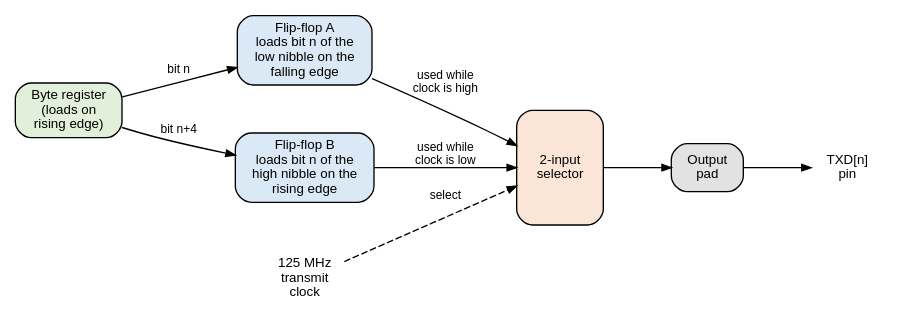
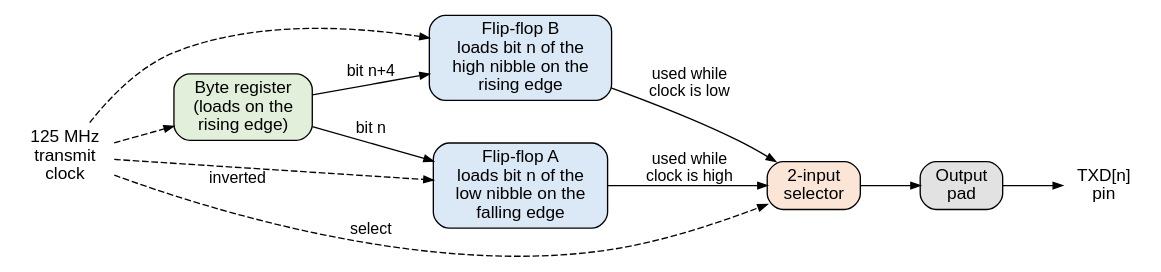
Before and after one commit to mithro/evampire: the diagram in docs/ethernet/rgmii/tx-ddr.dot, drawn with Graphviz. The commit also changed 2 other files, not shown here.

Commit message:
Show clock inputs and use larger text in RGMII diagrams
Add the clock edges to the output-stage diagram, label the link-status
crossing in the clock-domain diagram as a single synchronised bit, and
raise the font size in three diagrams.

```diff
--- a/docs/ethernet/rgmii/tx-ddr.dot
+++ b/docs/ethernet/rgmii/tx-ddr.dot
@@ -1,31 +1,34 @@
 // Transmit output stage for one RGMII data bit (and for TXC).
 //
 // SPDX-License-Identifier: Apache-2.0
 
 digraph tx_ddr {
-    graph [rankdir=LR, fontname="Helvetica", fontsize=11, nodesep=0.5,
-           ranksep=0.7];
+    graph [rankdir=LR, fontname="Helvetica", fontsize=14, nodesep=0.45,
+           ranksep=0.6, newrank=true];
     node  [shape=box, style="rounded,filled", fillcolor="#f2f2f2",
-           fontname="Helvetica", fontsize=10];
-    edge  [fontname="Helvetica", fontsize=9, arrowsize=0.7];
+           fontname="Helvetica", fontsize=13];
+    edge  [fontname="Helvetica", fontsize=12, arrowsize=0.7];
 
-    byte [label="Byte register\n(loads on\nrising edge)", fillcolor="#e2efda"];
+    byte [label="Byte register\n(loads on the\nrising edge)", fillcolor="#e2efda"];
     ffa  [label="Flip-flop A\nloads bit n of the\nlow nibble on the\nfalling edge",
           fillcolor="#dbe8f5"];
     ffb  [label="Flip-flop B\nloads bit n of the\nhigh nibble on the\nrising edge",
           fillcolor="#dbe8f5"];
-    mux  [label="2-input\nselector", shape=box, fillcolor="#fbe5d6",
-          width=0.9, height=1.2];
+    mux  [label="2-input\nselector", fillcolor="#fbe5d6"];
     pad  [label="Output\npad", fillcolor="#e2e2e2"];
     pin  [label="TXD[n]\npin", shape=plaintext, style=""];
     clk  [label="125 MHz\ntransmit\nclock", shape=plaintext, style=""];
 
     byte -> ffa [label="bit n"];
     byte -> ffb [label="bit n+4"];
     ffa -> mux [label="used while\nclock is high"];
     ffb -> mux [label="used while\nclock is low"];
     mux -> pad -> pin;
-    clk -> mux [label="select", style=dashed];
+
+    clk -> byte [style=dashed];
+    clk -> ffa  [style=dashed, xlabel="inverted "];
+    clk -> ffb  [style=dashed];
+    clk -> mux  [style=dashed, label="select"];
 
     { rank=same; ffa; ffb; }
 }
```
